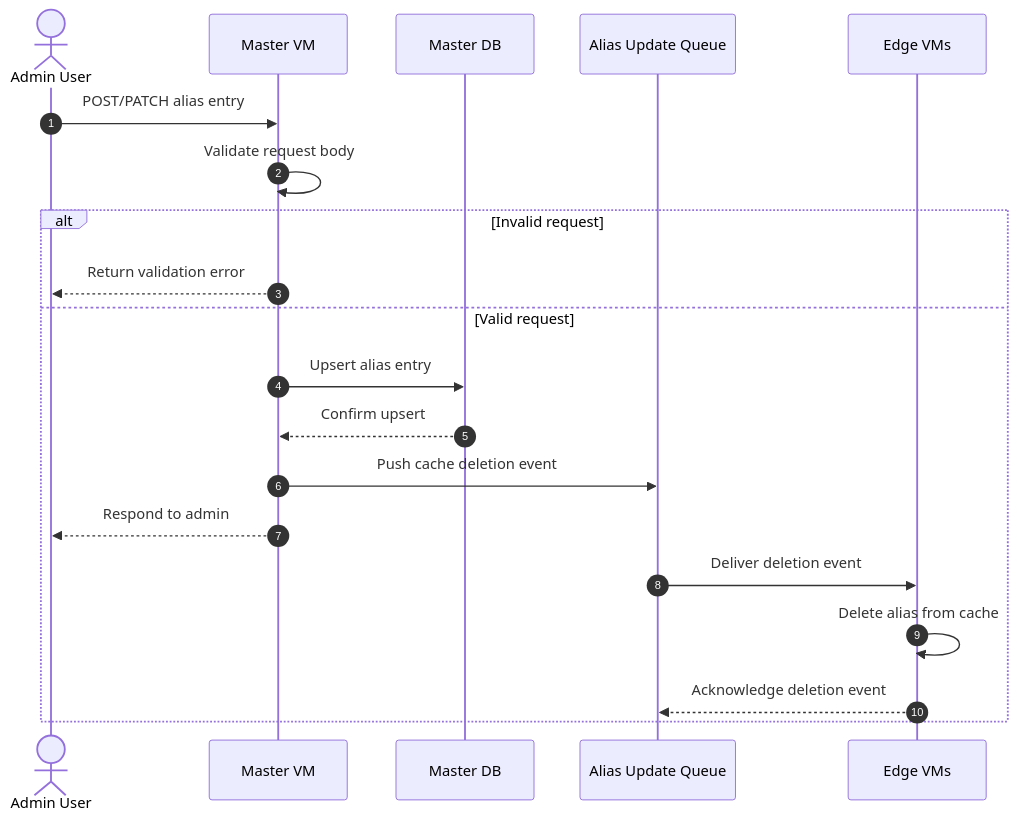
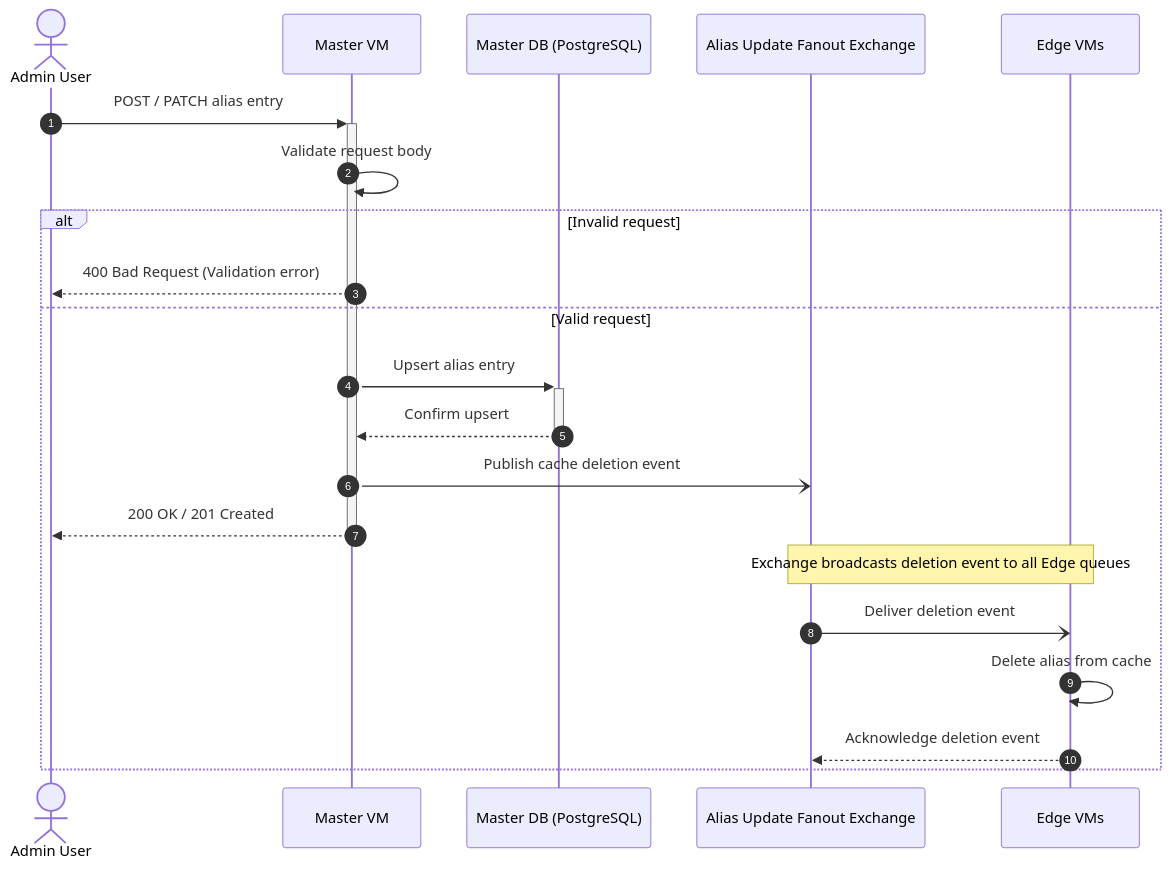
Before and after one commit to AyushmanTripathy/url-shortener: the fifth of 8 diagrams in Readme.md, drawn with Mermaid. The commit also changed other lines of this file, not shown here.

Commit message:
chore: Updated revision 3 diagrams

````diff
--- a/Readme.md
+++ b/Readme.md
@@ -119,23 +275,25 @@
 ```mermaid
 sequenceDiagram
     autonumber
     actor Admin as Admin User
     participant Master as Master VM
-    participant DB as Master DB
-    participant Queue as Alias Update Queue
+    participant DB as Master DB (PostgreSQL)
+    participant Exchange as Alias Update Fanout Exchange
     participant Edge as Edge VMs
 
-    Admin->>Master: POST/PATCH alias entry
+    Admin->>+Master: POST / PATCH alias entry
     Master->>Master: Validate request body
     alt Invalid request
-        Master-->>Admin: Return validation error
+        Master-->>Admin: 400 Bad Request (Validation error)
     else Valid request
-        Master->>DB: Upsert alias entry
-        DB-->>Master: Confirm upsert
-        Master->>Queue: Push cache deletion event
-        Master-->>Admin: Respond to admin
-        Queue->>Edge: Deliver deletion event
+        Master->>+DB: Upsert alias entry
+        DB-->>-Master: Confirm upsert
+        Master-)Exchange: Publish cache deletion event
+        Master-->>-Admin: 200 OK / 201 Created
+
+        Note over Exchange,Edge: Exchange broadcasts deletion event to all Edge queues
+        Exchange-)Edge: Deliver deletion event
         Edge->>Edge: Delete alias from cache
-        Edge-->>Queue: Acknowledge deletion event
+        Edge-->>Exchange: Acknowledge deletion event
     end
 ```
````
